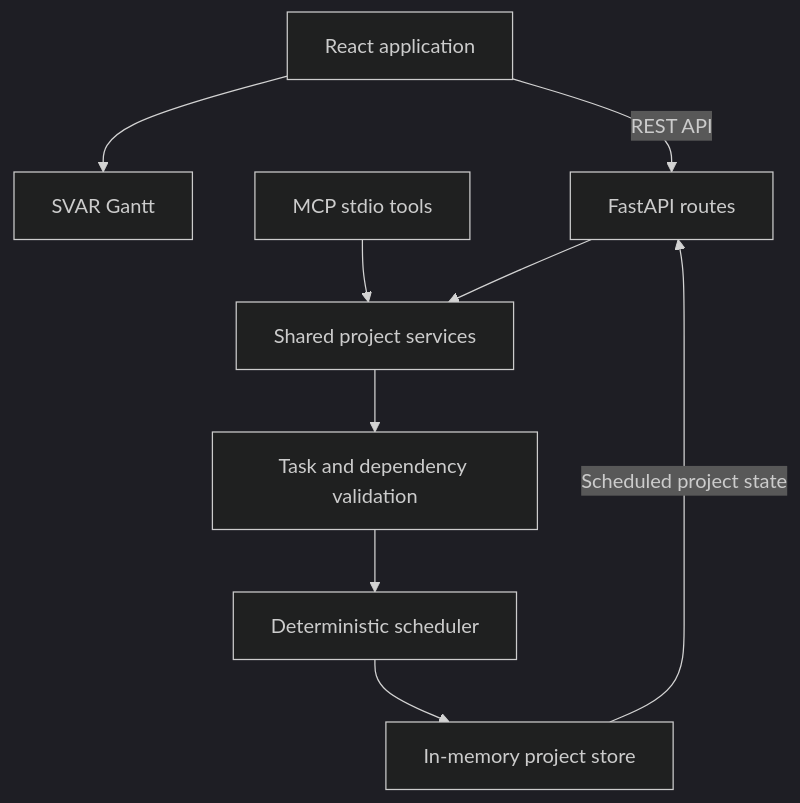
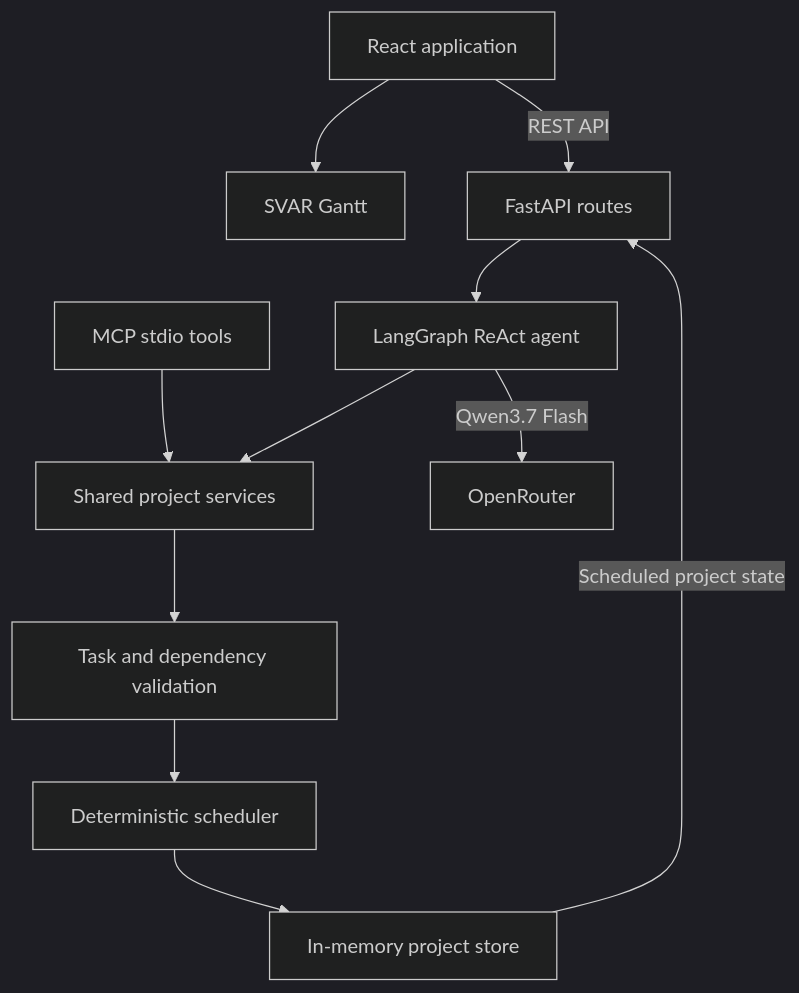
One commit to ngusika-cloud/BIOCAD-test-task changed the diagram in README.md. Above: the diagram before and after it, drawn with Mermaid (dark theme). The commit also changed other lines of this file and 1 other file, not shown here.

Commit message:
docs: update architecture and deployment guidance

````diff
--- a/README.md
+++ b/README.md
@@ -48,11 +49,13 @@
 ```mermaid
 flowchart TD
     UI[React application] --> Gantt[SVAR Gantt]
     UI -->|REST API| Routes[FastAPI routes]
     MCP[MCP stdio tools] --> Services[Shared project services]
-    Routes --> Services
+    Routes --> Agent[LangGraph ReAct agent]
+    Agent -->|Qwen3.7 Flash| OpenRouter[OpenRouter]
+    Agent --> Services
     Services --> Validation[Task and dependency validation]
     Validation --> Scheduler[Deterministic scheduler]
     Scheduler --> Store[In-memory project store]
     Store -->|Scheduled project state| Routes
 ```
````
